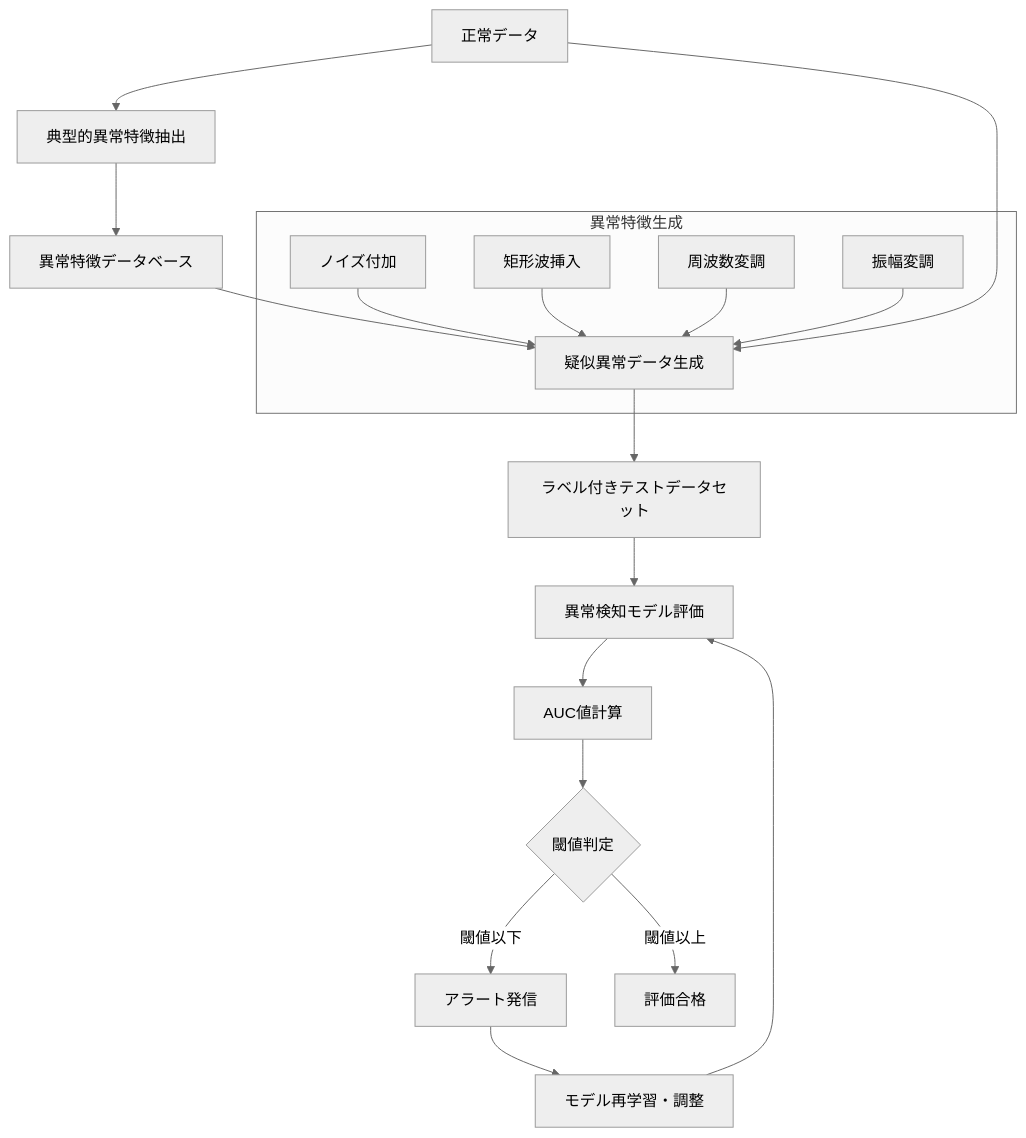
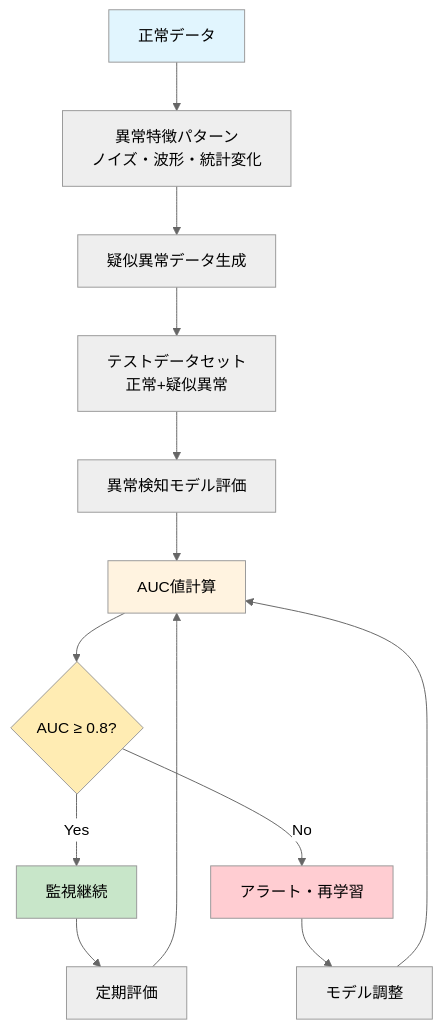
The diagram in pantent_2/patent_idea_summary.md (YitKubo/Patent_thinking), drawn with Mermaid (neutral theme) before and after one commit. The commit also changed other lines of this file, not shown here.

Commit message:
特許文書を簡略化: コード削除、図表統合、要点整理

````diff
--- a/pantent_2/patent_idea_summary.md
+++ b/pantent_2/patent_idea_summary.md
@@ -51,26 +51,21 @@
 ```mermaid
-graph TB
-    A[正常データ] --> B[典型的異常特徴抽出]
-    B --> C[異常特徴データベース]
-    A --> D[疑似異常データ生成]
-    C --> D
-    D --> E[ラベル付きテストデータセット]
-    E --> F[異常検知モデル評価]
-    F --> G[AUC値計算]
-    G --> H{閾値判定}
-    H -->|閾値以下| I[アラート発信]
-    H -->|閾値以上| J[評価合格]
-    I --> K[モデル再学習・調整]
+flowchart TD
+    A[正常データ] --> B[異常特徴パターン<br/>ノイズ・波形・統計変化]
+    B --> C[疑似異常データ生成]
+    C --> D[テストデータセット<br/>正常+疑似異常]
+    D --> E[異常検知モデル評価]
+    E --> F[AUC値計算]
+    F --> G{AUC ≥ 0.8?}
+    G -->|Yes| H[監視継続]
+    G -->|No| I[アラート・再学習]
+    H --> J[定期評価]
+    I --> K[モデル調整]
+    J --> F
     K --> F
     
-    subgraph "異常特徴生成"
-        L[ノイズ付加]
-        M[矩形波挿入]
-        N[周波数変調]
-        O[振幅変調]
-        L --> D
-        M --> D
-        N --> D
-        O --> D
-    end
+    style A fill:#e1f5fe
+    style F fill:#fff3e0
+    style G fill:#ffecb3
+    style I fill:#ffcdd2
+    style H fill:#c8e6c9
 ```
````
